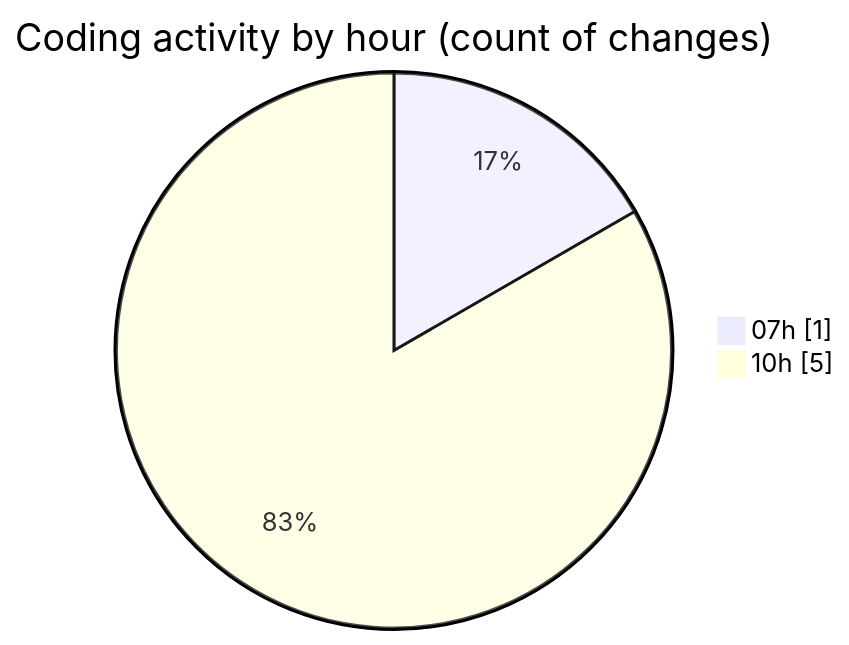
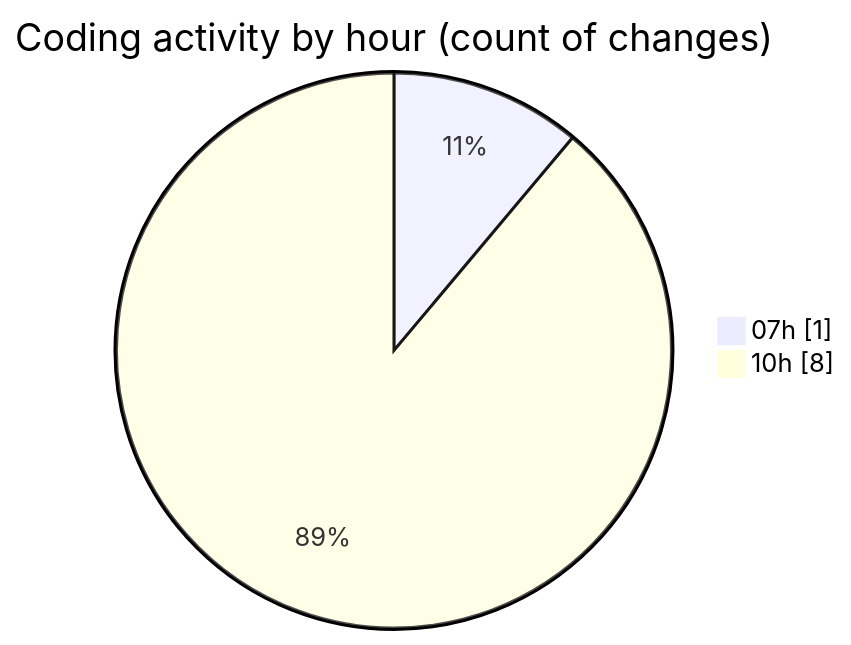
The second of 2 diagrams in 2025-04-29/enre_-_calculadora_de_consumo_v_2022_files/README.md (LanceThiago/code-tracking), drawn with Mermaid before and after one commit. The commit also changed other lines of this file and 1 other file, not shown here.

````diff
--- a/2025-04-29/enre_-_calculadora_de_consumo_v_2022_files/README.md
+++ b/2025-04-29/enre_-_calculadora_de_consumo_v_2022_files/README.md
@@ -28,6 +28,6 @@
 ```mermaid
 pie showData
 title Coding activity by hour (count of changes)
 "07h" : 1
-"10h" : 5
+"10h" : 8
 ```
````
